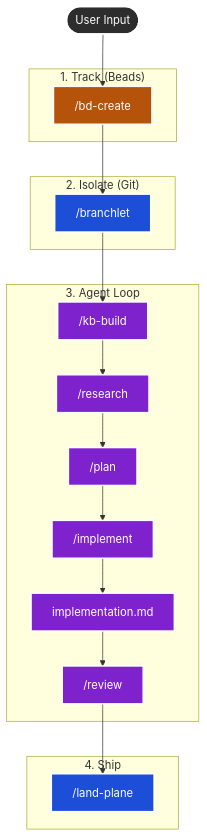
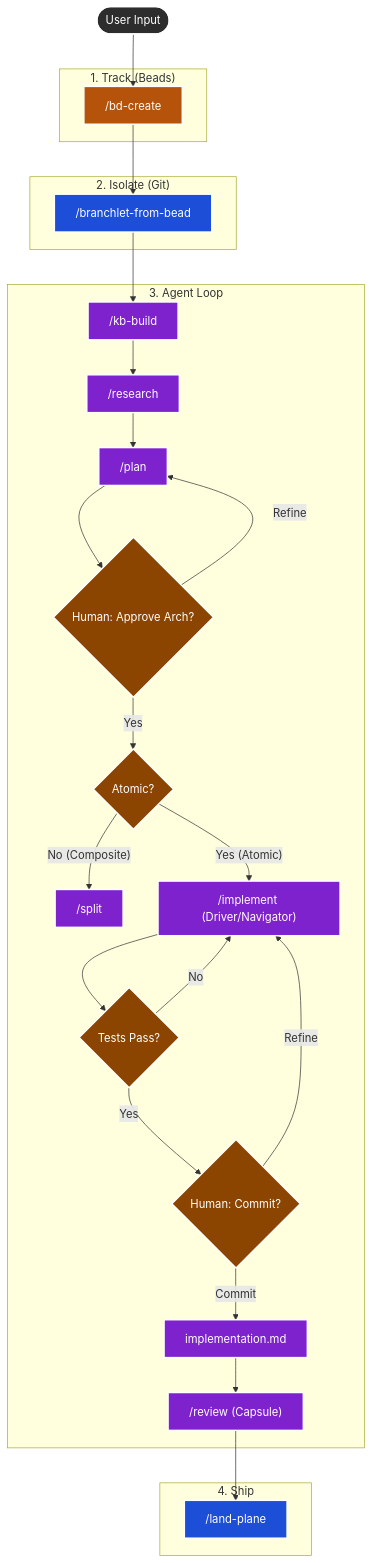
One commit to jveko/amp-maestro changed the diagram in README.md. Above: the diagram before and after it, drawn with Mermaid. The commit also changed other lines of this file, not shown here.

Commit message:
readme update

````diff
--- a/README.md
+++ b/README.md
@@ -20,34 +20,46 @@
 ```mermaid
 graph TD
     %% Styling for Dark Mode / High Contrast
     classDef default fill:#2d2d2d,stroke:#fff,stroke-width:2px,color:#fff;
     classDef bead fill:#b45309,stroke:#fff,stroke-width:2px,color:#fff; %% Orange/Brown
     classDef git fill:#1d4ed8,stroke:#fff,stroke-width:2px,color:#fff; %% Blue
     classDef amp fill:#7e22ce,stroke:#fff,stroke-width:2px,color:#fff; %% Purple
+    classDef decision fill:#8b4500,stroke:#fff,stroke-width:2px,color:#fff;
 
     New([User Input]) --> Create
     
     subgraph "1. Track (Beads)"
         Create["/bd-create"]:::bead
     end
 
     subgraph "2. Isolate (Git)"
-        Worktree["/branchlet"]:::git
+        Worktree["/branchlet-from-bead"]:::git
     end
 
     subgraph "3. Agent Loop"
         KB["/kb-build"]:::amp --> Research["/research"]:::amp
         Research --> Plan["/plan"]:::amp
-        Plan --> Implement["/implement"]:::amp
-        Implement --> Log["implementation.md"]:::amp
-        Log --> Review["/review"]:::amp
+        Plan --> ArchCheck{Human: Approve Arch?}:::decision
+        ArchCheck -- "Refine" --> Plan
+        ArchCheck -- "Yes" --> Complexity{Atomic?}:::decision
+        
+        Complexity -- No (Composite) --> Split["/split"]:::amp
+        Complexity -- Yes (Atomic) --> Implement["/implement (Driver/Navigator)"]:::amp
+        
+        Implement --> Verify{Tests Pass?}:::decision
+        Verify -- No --> Implement
+        Verify -- Yes --> HumanCheck{Human: Commit?}:::decision
+        
+        HumanCheck -- "Refine" --> Implement
+        HumanCheck -- "Commit" --> Log["implementation.md"]:::amp
+        Log --> Review["/review (Capsule)"]:::amp
     end
     
     subgraph "4. Ship"
         Land["/land-plane"]:::git
     end
 
     Create --> Worktree
     Worktree --> KB
     Review --> Land
 ```
````
